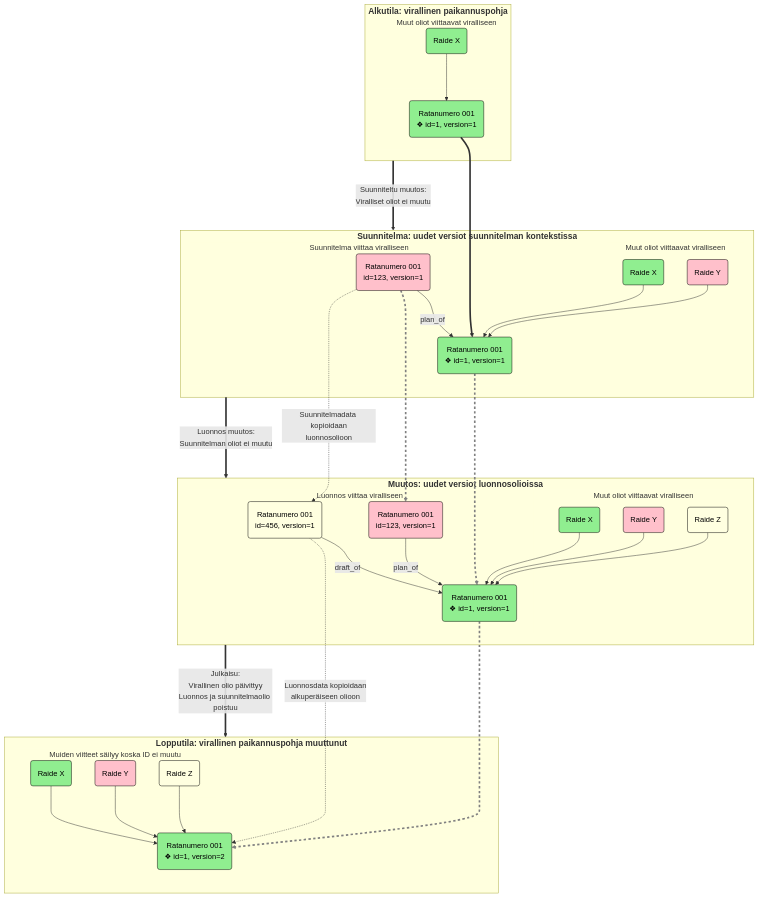
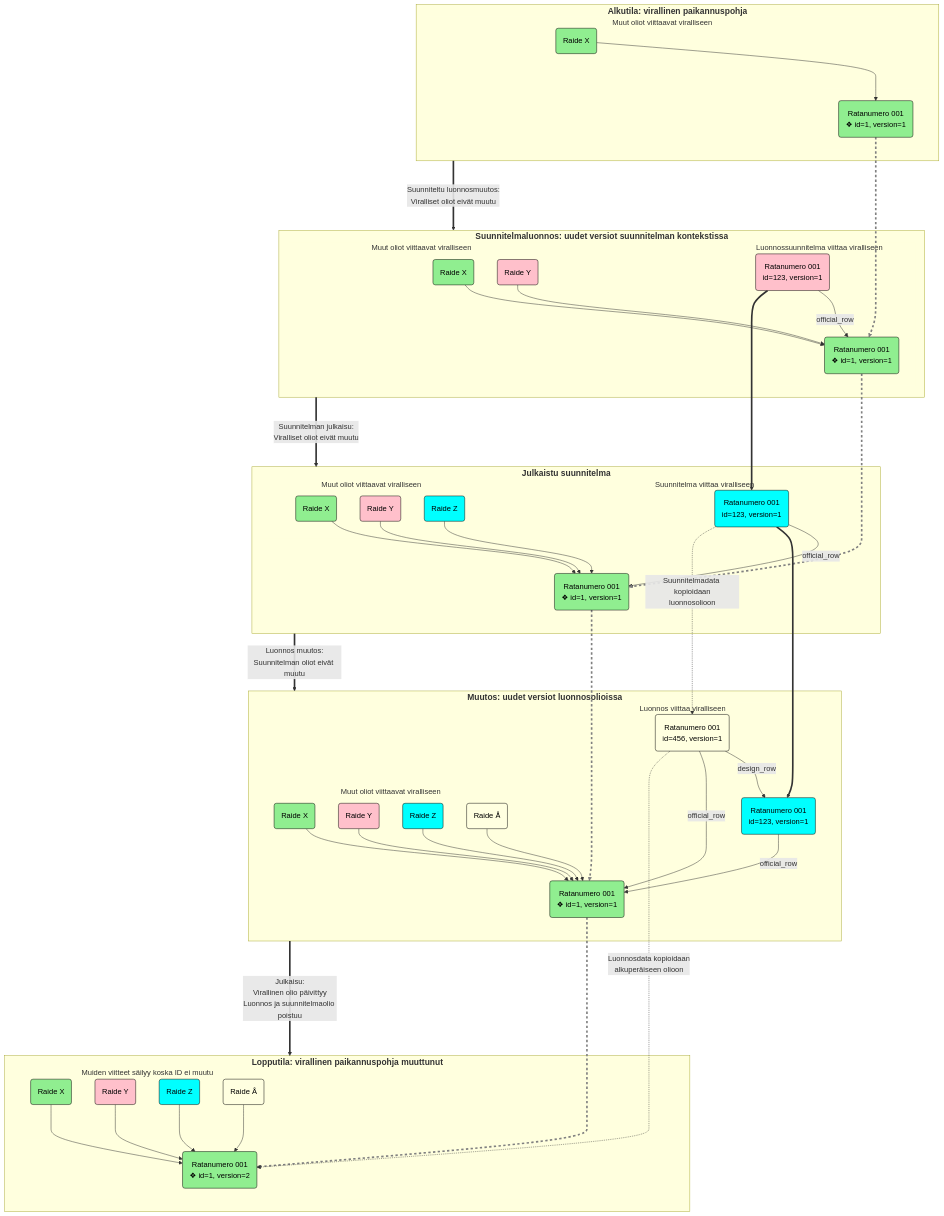
Before and after one commit to finnishtransportagency/geoviite: the fifth of 5 diagrams in doc/paikannuspohjan_kontekstit.md, drawn with Mermaid. The commit also changed other lines of this file, not shown here.

Commit message:
GVT-2541 Update layout context documentation to include design drafts

````diff
--- a/doc/paikannuspohjan_kontekstit.md
+++ b/doc/paikannuspohjan_kontekstit.md
@@ -253,49 +302,68 @@
 ```mermaid
 graph TD
     subgraph startState [Alkutila: virallinen paikannuspohja]
+        subgraph startTrackNumber [&nbsp]
+            officialTnInStart("Ratanumero 001\n❖ id=1, version=1")
+        end
         subgraph startTracks [Muut oliot viittaavat viralliseen]
             track1InStart(Raide X)
         end
-        subgraph startTrackNumber [&nbsp]
-            officialTnInStart("Ratanumero 001\n❖ id=1, version=1")
-        end
         track1InStart --> officialTnInStart
     end
-    subgraph planState [Suunnitelma: uudet versiot suunnitelman kontekstissa]
+    subgraph planDraftState [Suunnitelmaluonnos: uudet versiot suunnitelman kontekstissa]
+        subgraph planDraftTrackNumber [Luonnossuunnitelma viittaa viralliseen]
+            officialTnInPlanDraft("Ratanumero 001\n❖ id=1, version=1")
+            planTnInPlanDraft(Ratanumero 001\nid=123, version=1)
+        end
+        subgraph planDraftTracks [Muut oliot viittaavat viralliseen]
+            track1InPlanDraft(Raide X)
+            track2InPlanDraft(Raide Y)
+        end
+        track1InPlanDraft --> officialTnInPlanDraft
+        track2InPlanDraft --> officialTnInPlanDraft
+        planTnInPlanDraft -- official_row --> officialTnInPlanDraft
+    end
+    subgraph planState [Julkaistu suunnitelma]
+        subgraph planTrackNumber [Suunnitelma viittaa viralliseen]
+            officialTnInPlan("Ratanumero 001\n❖ id=1, version=1")
+            planTnInPlan(Ratanumero 001\nid=123, version=1)
+        end
         subgraph planTracks [Muut oliot viittaavat viralliseen]
             track1InPlan(Raide X)
             track2InPlan(Raide Y)
-        end
-        subgraph planTrackNumber [Suunnitelma viittaa viralliseen]
-            planTnInPlan(Ratanumero 001\nid=123, version=1)
-            officialTnInPlan("Ratanumero 001\n❖ id=1, version=1")
+            track3InPlan(Raide Z)
         end
         track1InPlan --> officialTnInPlan
         track2InPlan --> officialTnInPlan
-        planTnInPlan -- plan_of --> officialTnInPlan
+        track3InPlan --> officialTnInPlan
+        planTnInPlan -- official_row --> officialTnInPlan
     end
     subgraph draftState [Muutos: uudet versiot luonnosolioissa]
+        subgraph draftTrackNumber [Luonnos viittaa viralliseen]
+            planTnInDraft(Ratanumero 001\nid=123, version=1)
+            draftTnInDraft(Ratanumero 001\nid=456, version=1)
+            officialTnInDraft("Ratanumero 001\n❖ id=1, version=1")
+        end
         subgraph draftTracks [Muut oliot viittaavat viralliseen]
             track1InDraft(Raide X)
             track2InDraft(Raide Y)
             track3InDraft(Raide Z)
-        end
-        subgraph draftTrackNumber [Luonnos viittaa viralliseen]
-            draftTnInDraft(Ratanumero 001\nid=456, version=1)
-            planTnInDraft(Ratanumero 001\nid=123, version=1)
-            officialTnInDraft("Ratanumero 001\n❖ id=1, version=1")
+            track4InDraft(Raide Å)
         end
         track1InDraft --> officialTnInDraft
         track2InDraft --> officialTnInDraft
         track3InDraft --> officialTnInDraft
-        planTnInDraft -- plan_of --> officialTnInDraft
-        draftTnInDraft -- draft_of --> officialTnInDraft
+        track4InDraft --> officialTnInDraft
+        planTnInDraft -- official_row --> officialTnInDraft
+        draftTnInDraft -- design_row --> planTnInDraft
+        draftTnInDraft -- official_row --> officialTnInDraft
     end
     subgraph endState [Lopputila: virallinen paikannuspohja muuttunut]
         subgraph endTracks [Muiden viitteet säilyy koska ID ei muutu]
             track1InEnd(Raide X)
             track2InEnd(Raide Y)
             track3InEnd(Raide Z)
+            track4InEnd(Raide Å)
         end
         subgraph endTrackNumber [&nbsp]
             officialTnInEnd("Ratanumero 001\n❖ id=1, version=2")
@@ -303,21 +371,24 @@
         track1InEnd --> officialTnInEnd
         track2InEnd --> officialTnInEnd
         track3InEnd --> officialTnInEnd
+        track4InEnd --> officialTnInEnd
     end
-    startState == Suunniteltu muutos:\nViralliset oliot ei muutu ==> planState == Luonnos muutos:\nSuunnitelman oliot ei muutu ==> draftState == Julkaisu:\nVirallinen olio päivittyy\nLuonnos ja suunnitelmaolio poistuu ==> endState
-    planTnInPlan ====> planTnInDraft
-    officialTnInStart ====> officialTnInPlan ====> officialTnInDraft ====> officialTnInEnd
+    startState == Suunniteltu luonnosmuutos:\nViralliset oliot eivät muutu ==> planDraftState == Suunnitelman julkaisu:\nViralliset oliot eivät muutu ==> planState == Luonnos muutos:\nSuunnitelman oliot eivät muutu ==> draftState == Julkaisu:\nVirallinen olio päivittyy\nLuonnos ja suunnitelmaolio poistuu ==> endState
+    officialTnInStart ====> officialTnInPlanDraft ====> officialTnInPlan ====> officialTnInDraft ====> officialTnInEnd
+    planTnInPlanDraft ====>  planTnInPlan ====> planTnInDraft
     planTnInPlan -. Suunnitelmadata kopioidaan\nluonnosolioon .-> draftTnInDraft
     draftTnInDraft -. Luonnosdata kopioidaan\nalkuperäiseen olioon .-> officialTnInEnd
     classDef draftObject fill: lightyellow, stroke: black, color: black;
     classDef officialObject fill: lightgreen, stroke: black, color: black;
-    classDef planObject fill: pink, stroke: black, color: black;
-    class draftTnInDraft,track3InDraft,track3InEnd draftObject
-    class officialTnInStart,officialTnInPlan,officialTnInDraft,officialTnInEnd,track1InStart,track1InPlan,track1InDraft,track1InEnd officialObject
-    class planTnInPlan,planTnInDraft,track2InPlan,track2InDraft,track2InEnd planObject
-    linkStyle 15,17,18 stroke: grey, stroke-dasharray: 5 5
+    classDef planObject fill: cyan, stroke: black, color: black;
+    classDef draftPlanObject fill: pink, stroke: black, color: black;
+    class draftTnInDraft,track4InPlan,track4InDraft,track4InEnd draftObject
+    class officialTnInStart,officialTnInPlanDraft,officialTnInPlan,officialTnInDraft,officialTnInEnd,track1InStart,track1InPlanDraft,track1InPlan,track1InDraft,track1InEnd officialObject
+    class planTnInPlan,planTnInDraft,track3InPlan,track3InDraft,track3InEnd planObject
+    class planTnInPlanDraft,track2InPlanDraft,track2InPlan,track2InDraft,track2InEnd draftPlanObject
+    linkStyle 23,24,25,26 stroke: grey, stroke-dasharray: 5 5
     classDef phaseCategory font-size: 18px, font-weight: bold
-    class startState,planState,draftState,endState phaseCategory
+    class startState,planDraftState,planState,draftState,endState phaseCategory
     classDef objectCategory stroke: transparent
-    class startTracks,planTracks,draftTracks,endTracks,startTrackNumber,planTrackNumber,draftTrackNumber,endTrackNumber objectCategory
+    class startTracks,planDraftTracks,planTracks,draftTracks,endTracks,startTrackNumber,planDraftTrackNumber,planTrackNumber,draftTrackNumber,endTrackNumber objectCategory
 ```
````
